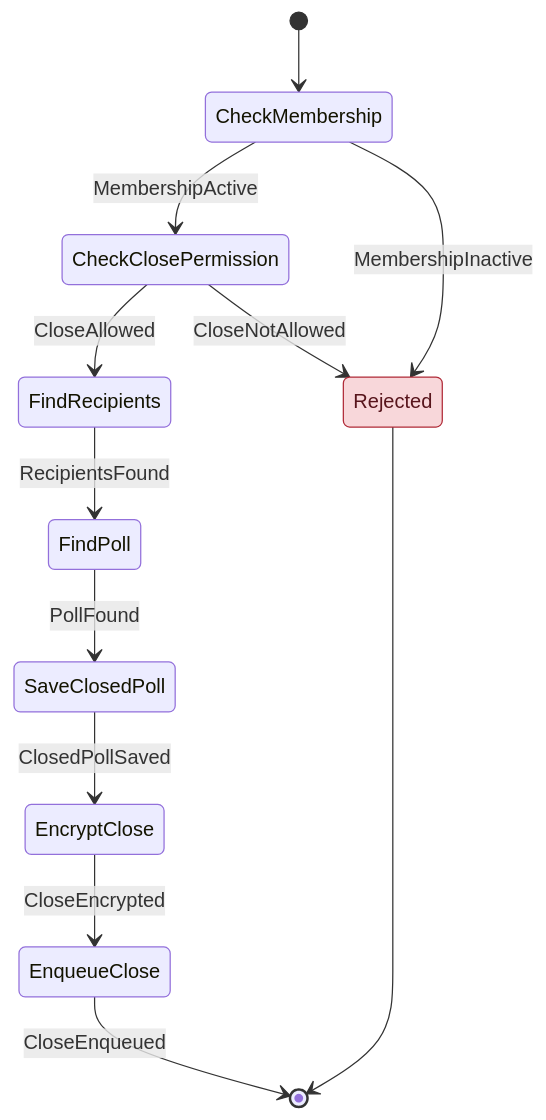
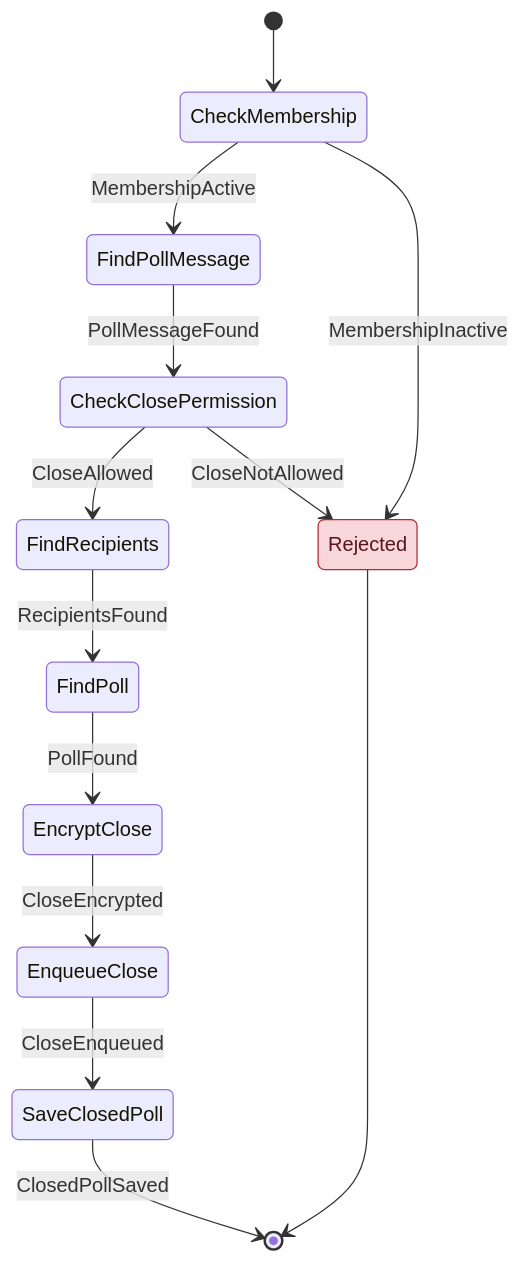
Before and after one commit to cbgm/Sparrow: diagram 16 of 27 in docs/architecture/workflows/message.md, drawn with Mermaid. The commit also changed other lines of this file and 377 other files, not shown here.

````diff
--- a/docs/architecture/workflows/message.md
+++ b/docs/architecture/workflows/message.md
@@ -381,16 +469,17 @@
 ```mermaid
 stateDiagram-v2
     [*] --> CheckMembership
-    CheckMembership --> CheckClosePermission : MembershipActive
+    CheckMembership --> FindPollMessage : MembershipActive
     CheckMembership --> Rejected : MembershipInactive
+    FindPollMessage --> CheckClosePermission : PollMessageFound
     CheckClosePermission --> FindRecipients : CloseAllowed
     CheckClosePermission --> Rejected : CloseNotAllowed
     FindRecipients --> FindPoll : RecipientsFound
-    FindPoll --> SaveClosedPoll : PollFound
-    SaveClosedPoll --> EncryptClose : ClosedPollSaved
+    FindPoll --> EncryptClose : PollFound
     EncryptClose --> EnqueueClose : CloseEncrypted
-    EnqueueClose --> [*] : CloseEnqueued
+    EnqueueClose --> SaveClosedPoll : CloseEnqueued
+    SaveClosedPoll --> [*] : ClosedPollSaved
     Rejected --> [*]
     classDef reject fill:#f8d7da,stroke:#b02a37,color:#58151c
     class Rejected reject
 ```
````
